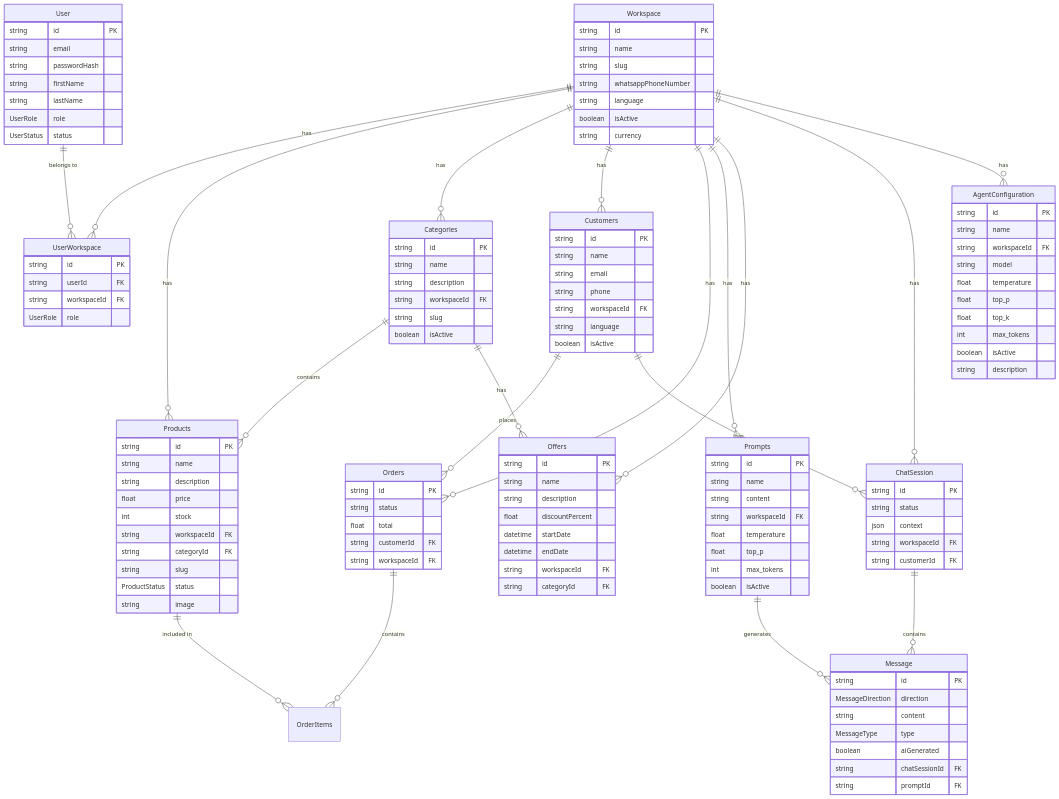
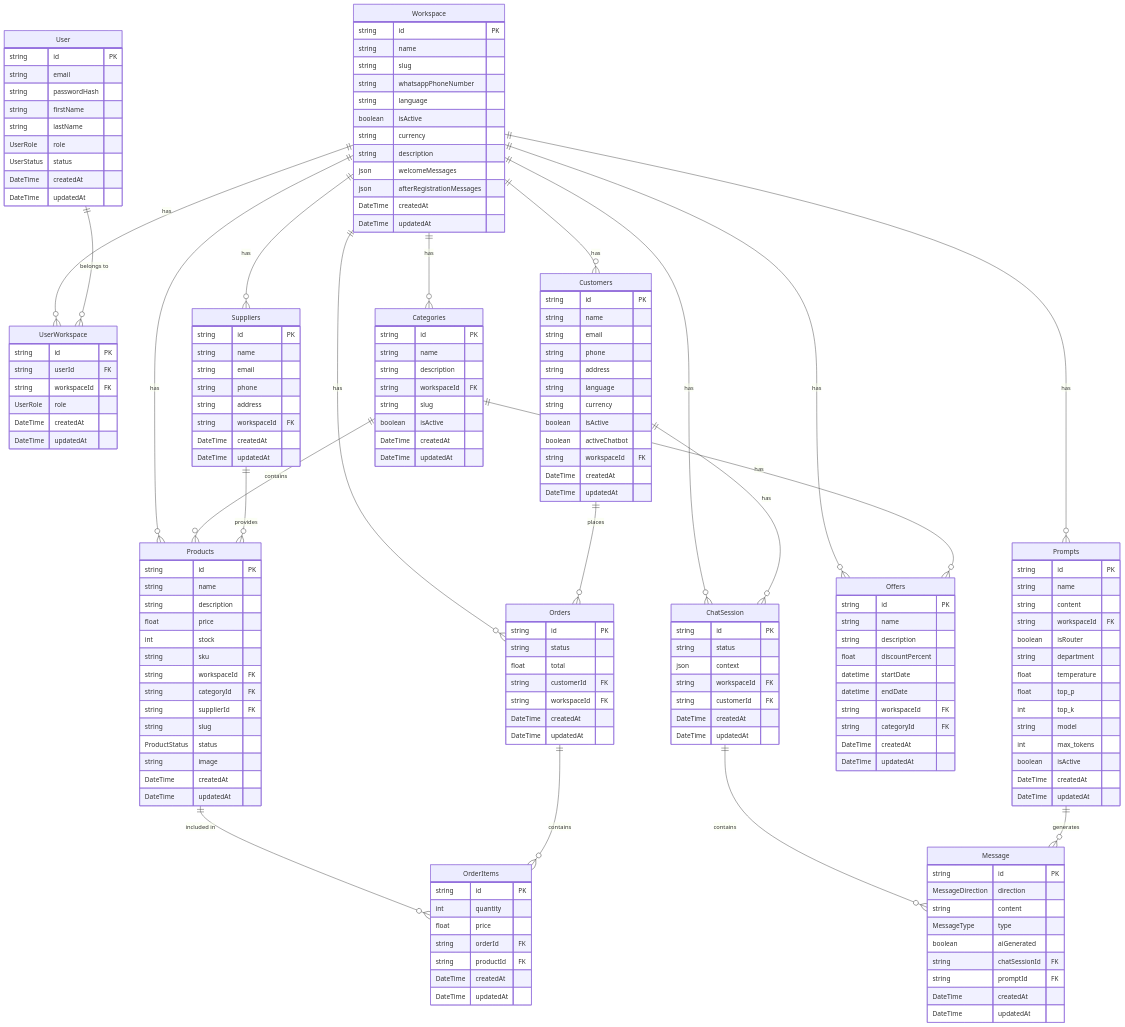
One commit to gelsogrove/shopME changed the second of 2 diagrams in finalproject-AG/finalproget.md. Above: the diagram before and after it, drawn with Mermaid. The commit also changed other lines of this file and 1 other file, not shown here.

````diff
--- a/finalproject-AG/finalproget.md
+++ b/finalproject-AG/finalproget.md
@@ -290,6 +290,11 @@
         string language
         boolean isActive
         string currency
+        string description
+        json welcomeMessages
+        json afterRegistrationMessages
+        DateTime createdAt
+        DateTime updatedAt
     }
     
     User {
@@ -300,6 +305,8 @@
         string lastName
         UserRole role
         UserStatus status
+        DateTime createdAt
+        DateTime updatedAt
     }
     
     UserWorkspace {
@@ -307,6 +314,8 @@
         string userId FK
         string workspaceId FK
         UserRole role
+        DateTime createdAt
+        DateTime updatedAt
     }
     
     Categories {
@@ -316,6 +325,8 @@
         string workspaceId FK
         string slug
         boolean isActive
+        DateTime createdAt
+        DateTime updatedAt
     }
     
     Products {
@@ -324,11 +335,15 @@
         string description
         float price
         int stock
+        string sku
         string workspaceId FK
         string categoryId FK
+        string supplierId FK
         string slug
         ProductStatus status
         string image
+        DateTime createdAt
+        DateTime updatedAt
     }
     
     Customers {
@@ -336,9 +351,14 @@
         string name
         string email
         string phone
+        string address
+        string language
+        string currency
+        boolean isActive
+        boolean activeChatbot
         string workspaceId FK
-        string language
-        boolean isActive
+        DateTime createdAt
+        DateTime updatedAt
     }
     
     Orders {
@@ -347,6 +367,8 @@
         float total
         string customerId FK
         string workspaceId FK
+        DateTime createdAt
+        DateTime updatedAt
     }
     
     Prompts {
@@ -354,23 +376,16 @@
         string name
         string content
         string workspaceId FK
+        boolean isRouter
+        string department
         float temperature
         float top_p
+        int top_k
+        string model
         int max_tokens
         boolean isActive
-    }
-    
-    AgentConfiguration {
-        string id PK
-        string name
-        string workspaceId FK
-        string model
-        float temperature
-        float top_p
-        float top_k
-        int max_tokens
-        boolean isActive
-        string description
+        DateTime createdAt
+        DateTime updatedAt
     }
     
     Offers {
@@ -382,6 +397,8 @@
         datetime endDate
         string workspaceId FK
         string categoryId FK
+        DateTime createdAt
+        DateTime updatedAt
     }
     
     ChatSession {
@@ -390,6 +407,8 @@
         json context
         string workspaceId FK
         string customerId FK
+        DateTime createdAt
+        DateTime updatedAt
     }
     
     Message {
@@ -400,6 +419,29 @@
         boolean aiGenerated
         string chatSessionId FK
         string promptId FK
+        DateTime createdAt
+        DateTime updatedAt
+    }
+    
+    OrderItems {
+        string id PK
+        int quantity
+        float price
+        string orderId FK
+        string productId FK
+        DateTime createdAt
+        DateTime updatedAt
+    }
+    
+    Suppliers {
+        string id PK
+        string name
+        string email
+        string phone
+        string address
+        string workspaceId FK
+        DateTime createdAt
+        DateTime updatedAt
     }
 
     Workspace ||--o{ UserWorkspace : "has"
@@ -410,7 +452,7 @@
     Workspace ||--o{ Prompts : "has"
     Workspace ||--o{ Offers : "has"
     Workspace ||--o{ ChatSession : "has"
-    Workspace ||--o{ AgentConfiguration : "has"
+    Workspace ||--o{ Suppliers : "has"
     
     User ||--o{ UserWorkspace : "belongs to"
     Categories ||--o{ Products : "contains"
@@ -421,4 +463,5 @@
     Orders ||--o{ OrderItems : "contains"
     ChatSession ||--o{ Message : "contains"
     Prompts ||--o{ Message : "generates"
+    Suppliers ||--o{ Products : "provides"
 ```
````
